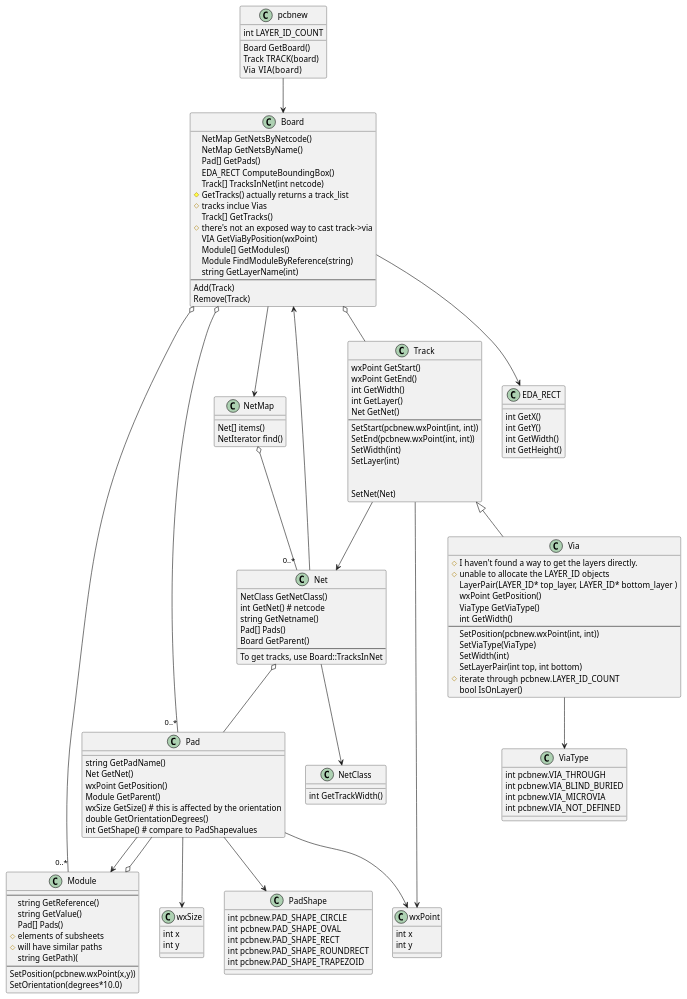
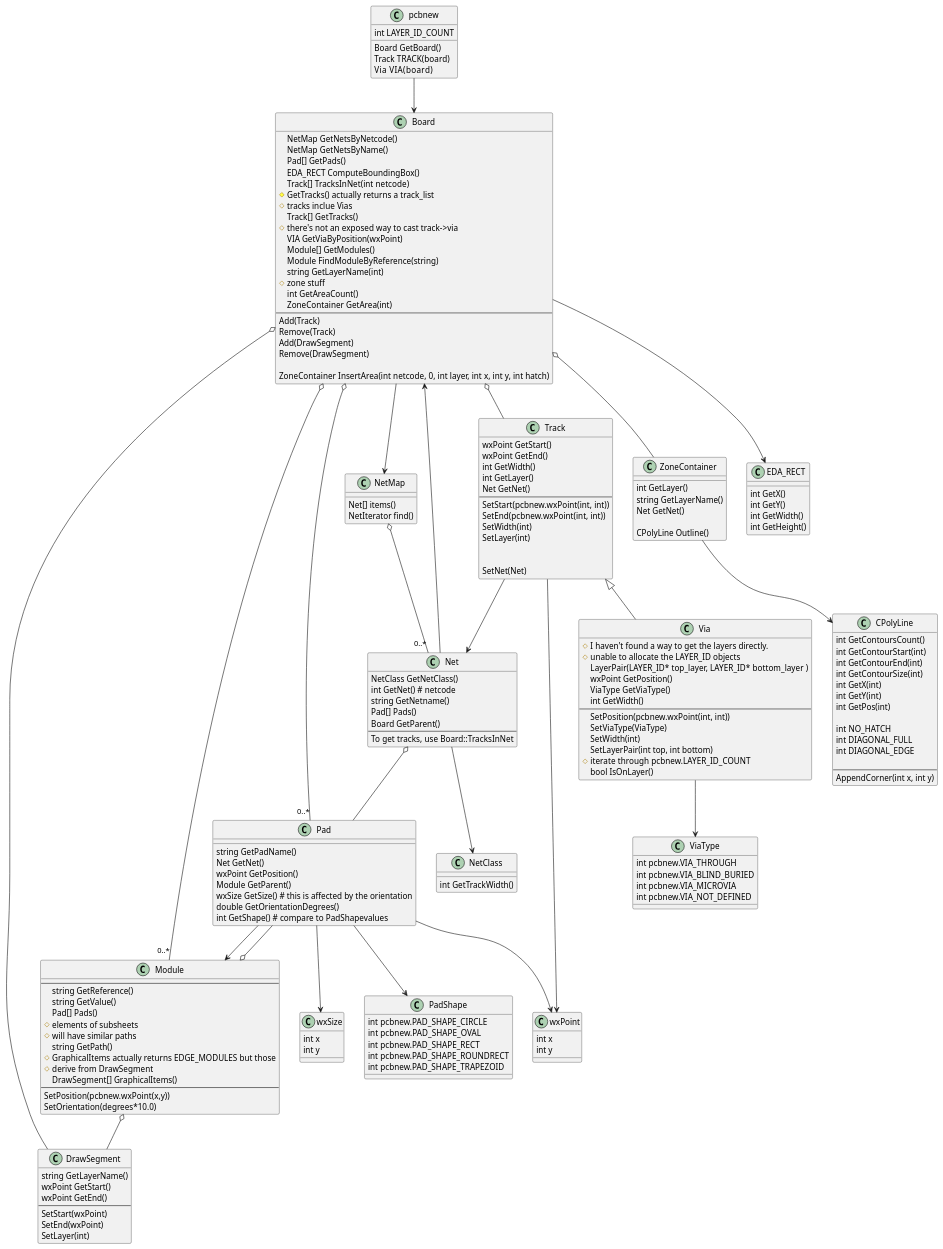
One commit to mmccoo/kicad_mmccoo changed the diagram in plantuml/pcbnew_uml.puml. Above: the diagram before and after it, drawn with PlantUML. The commit also changed 2 other files, not shown here.

Commit message:
updated the uml minor fixes to gen_boarder.py

```diff
--- a/plantuml/pcbnew_uml.puml
+++ b/plantuml/pcbnew_uml.puml
@@ -19,14 +19,22 @@
 Board --> NetMap
 Board o-- "0..*" Pad
 Board o-- "0..*" Module
+Board o-- ZoneContainer
+
 NetMap o-- "0..*" Net
+
 Pad --> wxPoint
 Pad --> Module
 Pad --> wxSize
 Pad --> PadShape
 Board --> EDA_RECT
 Board o-- Track
+Board o-- DrawSegment
 Module o-- Pad
+Module o-- DrawSegment
+
+ZoneContainer --> CPolyLine
+
 Net --> NetClass
 Net o-- Pad
 Net --> Board
@@ -58,9 +66,51 @@
       Module[] GetModules()
       Module FindModuleByReference(string)
       string GetLayerName(int)
+      # zone stuff
+      int GetAreaCount()
+      ZoneContainer GetArea(int)
       --
       Add(Track)
       Remove(Track)
+      Add(DrawSegment)
+      Remove(DrawSegment)
+
+      ZoneContainer InsertArea(int netcode, 0, int layer, int x, int y, int hatch)
+}
+
+class DrawSegment {
+      string GetLayerName()
+      wxPoint GetStart()
+      wxPoint GetEnd()
+      --
+      SetStart(wxPoint)
+      SetEnd(wxPoint)
+      SetLayer(int)
+}
+
+class ZoneContainer {
+      int GetLayer()
+      string GetLayerName()
+      Net GetNet()
+
+      CPolyLine Outline()
+}
+
+class CPolyLine {
+      int GetContoursCount()
+      int GetContourStart(int)
+      int GetContourEnd(int)
+      int GetContourSize(int)
+      int GetX(int)
+      int GetY(int)
+      int GetPos(int)
+
+      int NO_HATCH
+      int DIAGONAL_FULL
+      int DIAGONAL_EDGE
+
+      --
+      AppendCorner(int x, int y)
 }
 
 class Pad  {
@@ -76,11 +126,14 @@
 class Module {
 --
       string GetReference()
-      string GetValue()
+             string GetValue()
       Pad[] Pads()
       # elements of subsheets
       # will have similar paths
-      string GetPath)(
+      string GetPath()
+      # GraphicalItems actually returns EDGE_MODULES but those
+      # derive from DrawSegment
+      DrawSegment[] GraphicalItems()
 --
       SetPosition(pcbnew.wxPoint(x,y))
       SetOrientation(degrees*10.0)
```
